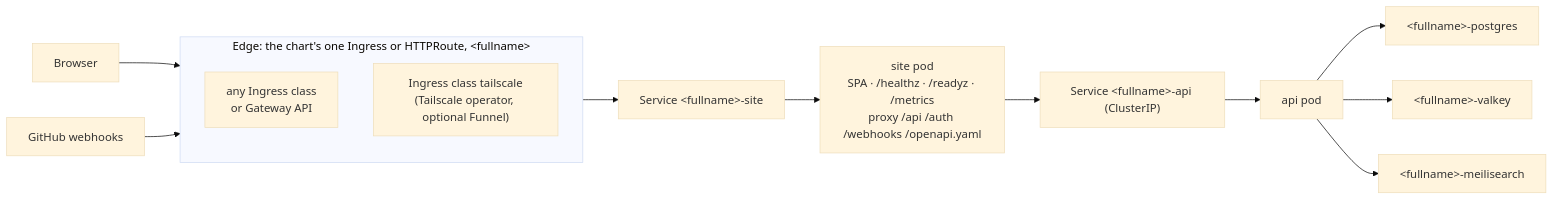
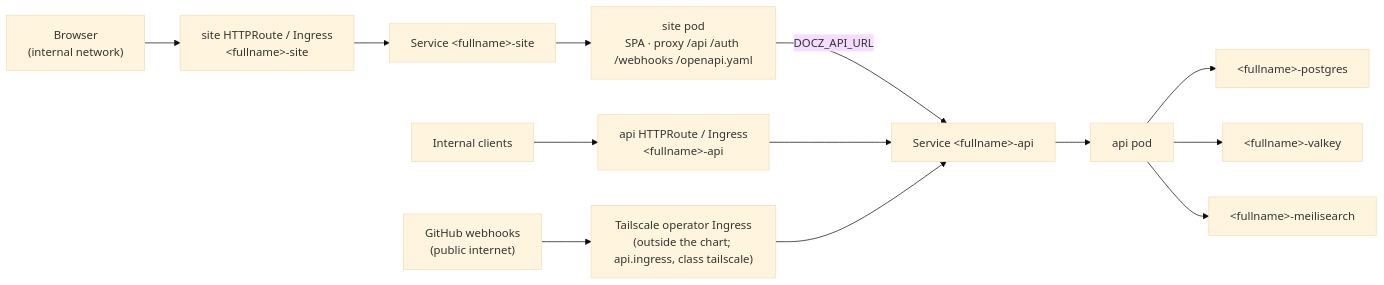
One commit to donaldgifford/docz changed the second of 4 diagrams in docs/design/0018-one-helm-chart-for-docz-chartsdocz-replaces-docz-api-and-docz.md. Above: the diagram before and after it, drawn with Mermaid (base theme). The commit also changed other lines of this file and 1 other file, not shown here.

````diff
--- a/docs/design/0018-one-helm-chart-for-docz-chartsdocz-replaces-docz-api-and-docz.md
+++ b/docs/design/0018-one-helm-chart-for-docz-chartsdocz-replaces-docz-api-and-docz.md
@@ -424,16 +448,15 @@
 ```mermaid
 flowchart LR
-  U["Browser"] --> E
-  GH["GitHub webhooks"] --> E
-  subgraph E["Edge: the chart's one Ingress or HTTPRoute, &lt;fullname&gt;"]
-    I["any Ingress class<br/>or Gateway API"]
-    T["Ingress class tailscale<br/>(Tailscale operator, optional Funnel)"]
-  end
-  E --> SS["Service &lt;fullname&gt;-site"]
-  SS --> SP["site pod<br/>SPA · /healthz · /readyz · /metrics<br/>proxy /api /auth /webhooks /openapi.yaml"]
-  SP --> AS["Service &lt;fullname&gt;-api (ClusterIP)"]
+  U["Browser<br/>(internal network)"] --> SR["site HTTPRoute / Ingress<br/>&lt;fullname&gt;-site"]
+  I["Internal clients"] --> AR["api HTTPRoute / Ingress<br/>&lt;fullname&gt;-api"]
+  GH["GitHub webhooks<br/>(public internet)"] --> TS["Tailscale operator Ingress<br/>(outside the chart; api.ingress, class tailscale)"]
+  SR --> SS["Service &lt;fullname&gt;-site"]
+  SS --> SP["site pod<br/>SPA · proxy /api /auth /webhooks /openapi.yaml"]
+  SP -->|DOCZ_API_URL| AS["Service &lt;fullname&gt;-api"]
+  AR --> AS
+  TS --> AS
   AS --> AP["api pod"]
   AP --> PG["&lt;fullname&gt;-postgres"]
   AP --> VK["&lt;fullname&gt;-valkey"]
   AP --> MS["&lt;fullname&gt;-meilisearch"]
 ```
````
